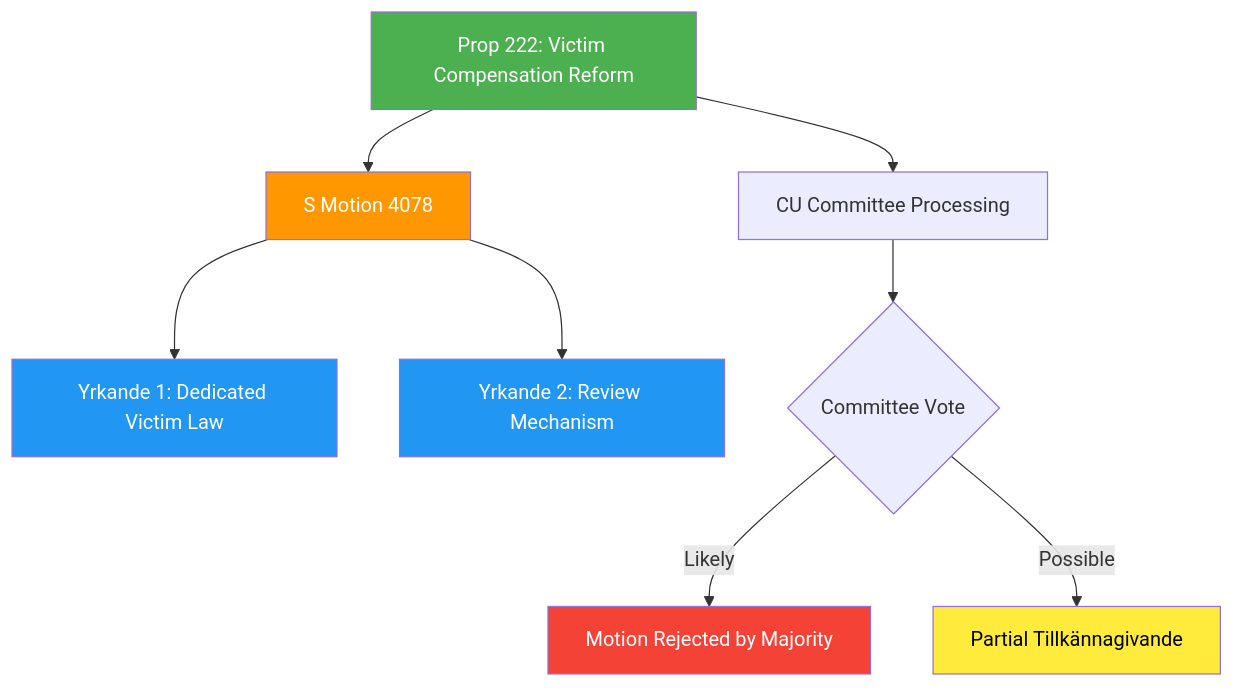
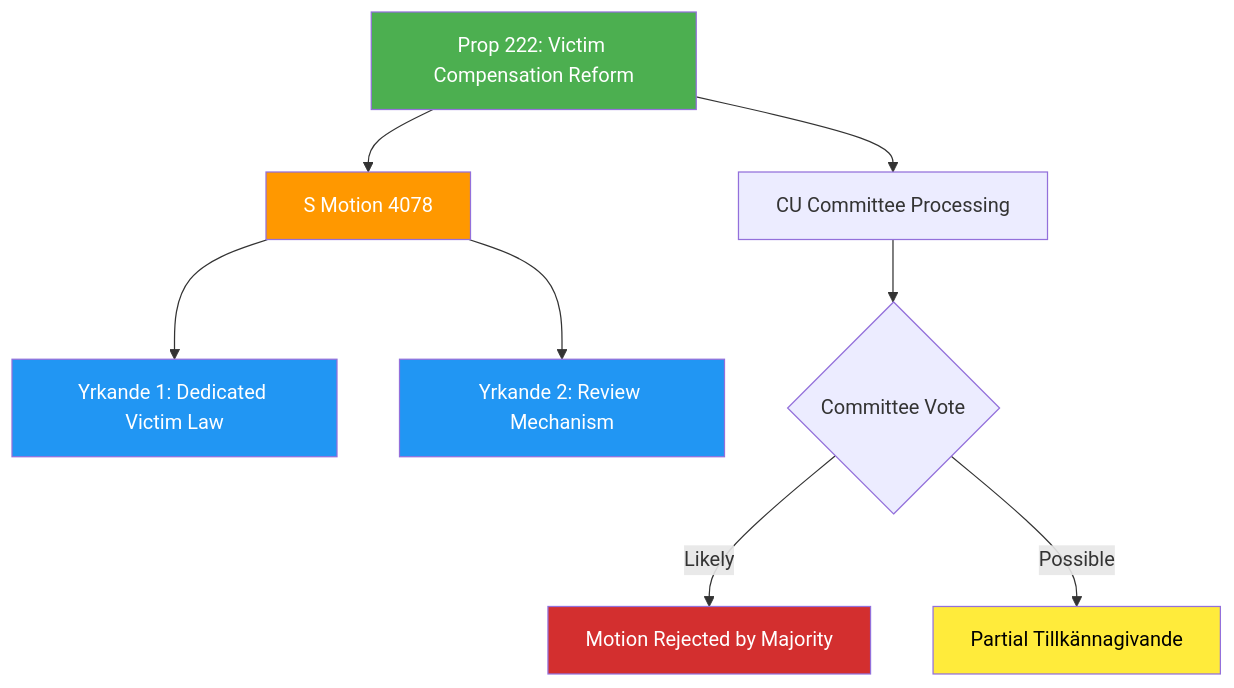
The diagram in analysis/daily/2026-04-15/realtime-1029/documents/hd024078-analysis.md (Hack23/riksdagsmonitor), drawn with Mermaid before and after one commit. The commit also changed 785 other files, not shown here.

First line of the commit message:
Normalize mermaid colors across 786 analysis artifacts to ISMS Style Guide palette

````diff
--- a/analysis/daily/2026-04-15/realtime-1029/documents/hd024078-analysis.md
+++ b/analysis/daily/2026-04-15/realtime-1029/documents/hd024078-analysis.md
@@ -45,17 +45,17 @@
 ```mermaid
 graph TD
     A["Prop 222: Victim Compensation Reform"] --> B["S Motion 4078"]
     B --> C["Yrkande 1: Dedicated Victim Law"]
     B --> D["Yrkande 2: Review Mechanism"]
     A --> E["CU Committee Processing"]
     E --> F{"Committee Vote"}
     F -->|Likely| G["Motion Rejected by Majority"]
     F -->|Possible| H["Partial Tillkännagivande"]
     
-    style A fill:#4CAF50,color:#fff
-    style B fill:#FF9800,color:#fff
-    style C fill:#2196F3,color:#fff
-    style D fill:#2196F3,color:#fff
-    style G fill:#f44336,color:#fff
-    style H fill:#FFEB3B,color:#000
+    style A fill:#4CAF50,color:#FFFFFF
+    style B fill:#FF9800,color:#FFFFFF
+    style C fill:#2196F3,color:#FFFFFF
+    style D fill:#2196F3,color:#FFFFFF
+    style G fill:#D32F2F,color:#FFFFFF
+    style H fill:#FFEB3B,color:#000000
 ```
````
